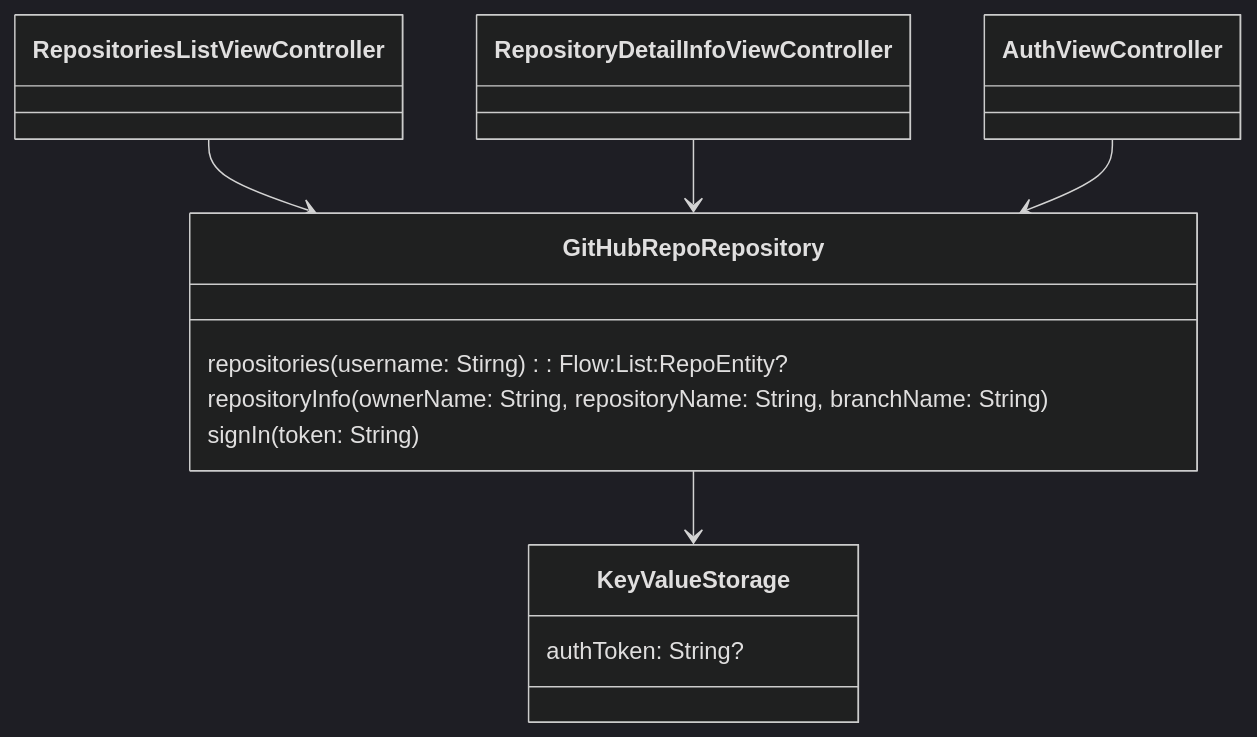
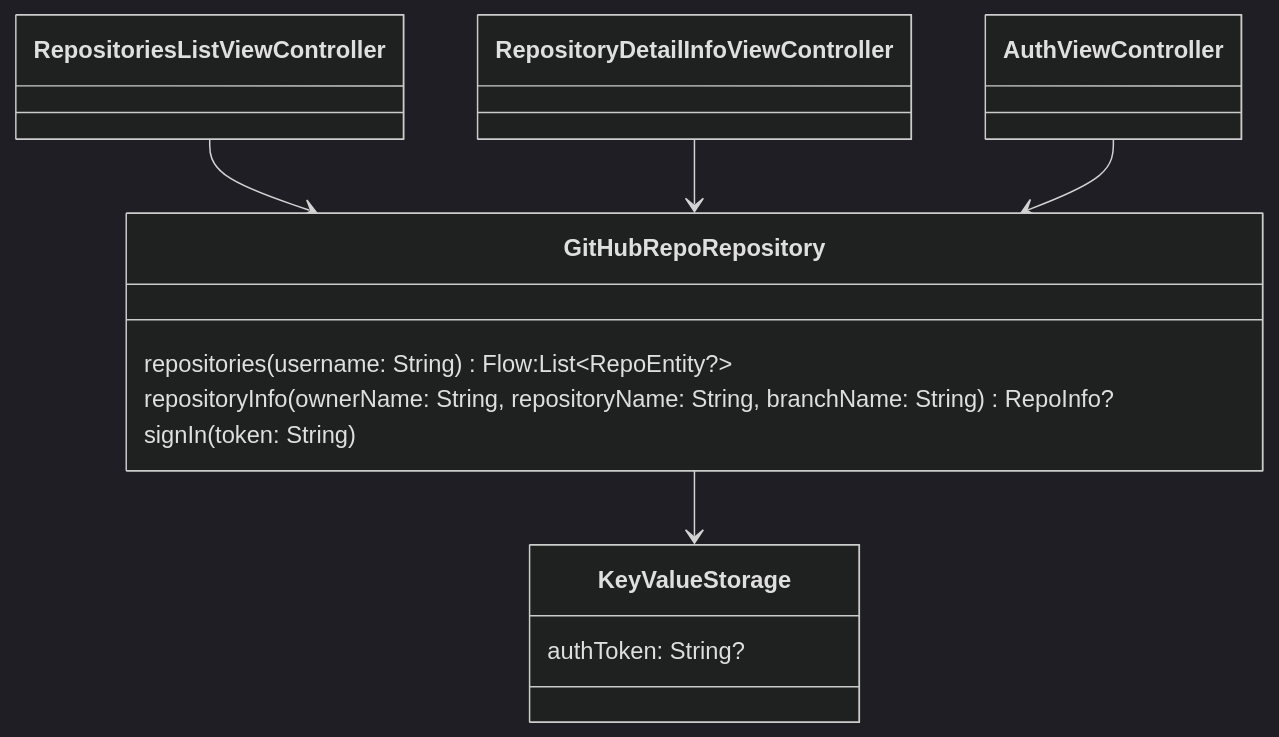
The diagram in university/2-ios-basics/practice.md (icerockdev/kmm.icerock.dev), drawn with Mermaid (dark theme) before and after one commit. The commit also changed 3 other files, not shown here.

````diff
--- a/university/2-ios-basics/practice.md
+++ b/university/2-ios-basics/practice.md
@@ -40,22 +40,22 @@
 ```mermaid
    classDiagram
    
    class RepositoriesListViewController:::ios
    class RepositoryDetailInfoViewController:::ios
    class AuthViewController:::ios
    
    class GitHubRepoRepository:::ios{
-    repositories(username: Stirng): Flow:List:RepoEntity?
-     repositoryInfo(ownerName: String, repositoryName: String, branchName: String)
-     signIn(token: String)
+      repositories(username: String) Flow:List~RepoEntity?~
+      repositoryInfo(ownerName: String, repositoryName: String, branchName: String) RepoInfo?
+      signIn(token: String)
    }
    
    class KeyValueStorage:::ios{
      authToken: String?
    }
 
    RepositoriesListViewController --> GitHubRepoRepository
    RepositoryDetailInfoViewController --> GitHubRepoRepository
    AuthViewController --> GitHubRepoRepository
    GitHubRepoRepository --> KeyValueStorage
 ```
````
